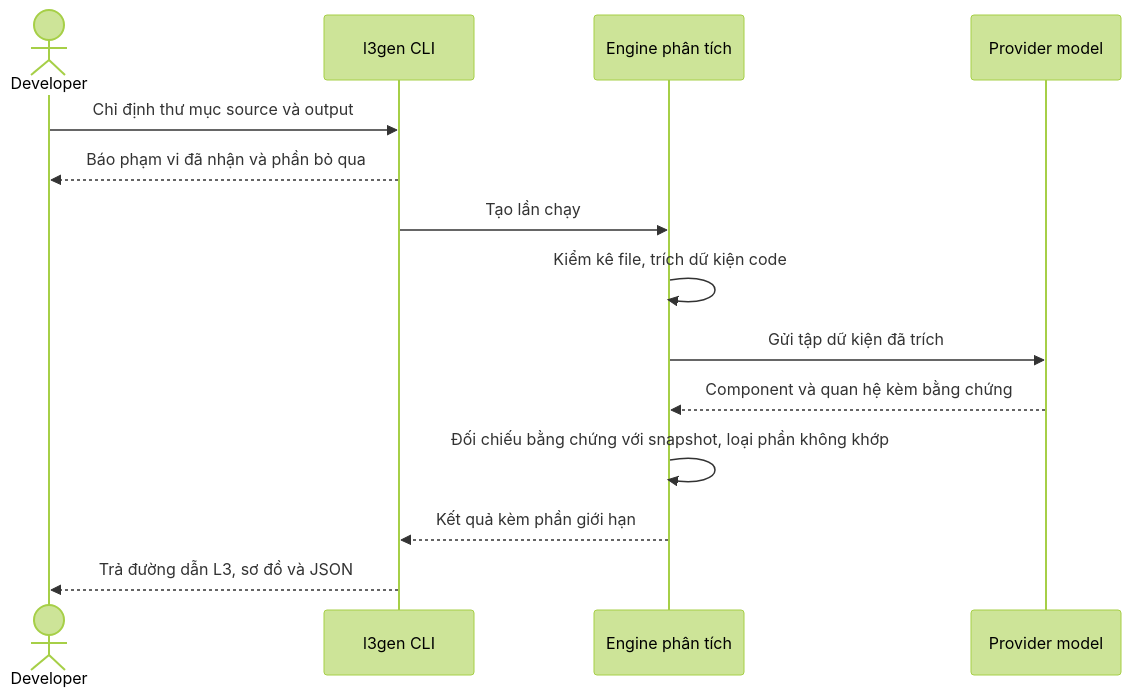
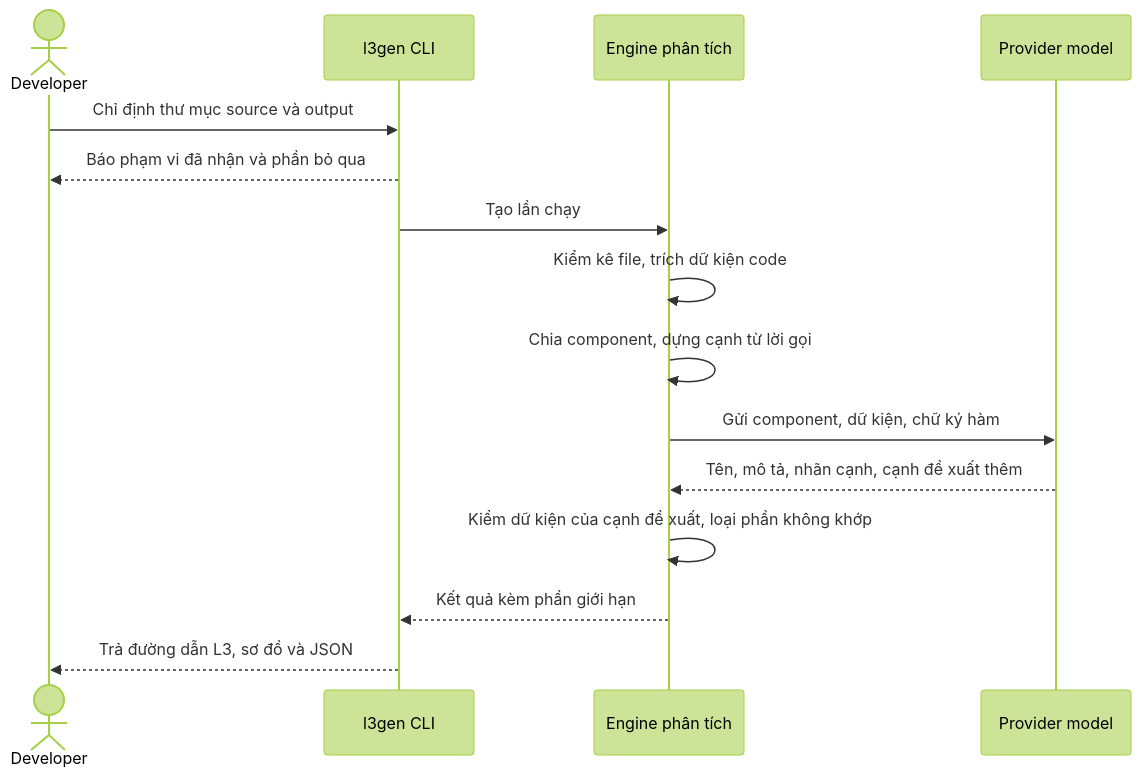
The second of 3 diagrams in .aide/product/prd/PRD-L3GEN-2609-001.md (nchoang1004/l3-generator-fr029), drawn with Mermaid (forest theme) before and after one commit. The commit also changed other lines of this file and 15 other files, not shown here.

Commit message:
req: PRD rev 26, code chia component, thêm FR-027 L3 contract, BL-r2

````diff
--- a/.aide/product/prd/PRD-L3GEN-2609-001.md
+++ b/.aide/product/prd/PRD-L3GEN-2609-001.md
@@ -284,16 +288,17 @@
 ```mermaid
 sequenceDiagram
     actor Dev as Developer
     participant CLI as l3gen CLI
     participant Engine as Engine phân tích
     participant Model as Provider model
     Dev->>CLI: Chỉ định thư mục source và output
     CLI-->>Dev: Báo phạm vi đã nhận và phần bỏ qua
     CLI->>Engine: Tạo lần chạy
     Engine->>Engine: Kiểm kê file, trích dữ kiện code
-    Engine->>Model: Gửi tập dữ kiện đã trích
-    Model-->>Engine: Component và quan hệ kèm bằng chứng
-    Engine->>Engine: Đối chiếu bằng chứng với snapshot, loại phần không khớp
+    Engine->>Engine: Chia component, dựng cạnh từ lời gọi
+    Engine->>Model: Gửi component, dữ kiện, chữ ký hàm
+    Model-->>Engine: Tên, mô tả, nhãn cạnh, cạnh đề xuất thêm
+    Engine->>Engine: Kiểm dữ kiện của cạnh đề xuất, loại phần không khớp
     Engine-->>CLI: Kết quả kèm phần giới hạn
     CLI-->>Dev: Trả đường dẫn L3, sơ đồ và JSON
 ```
````
